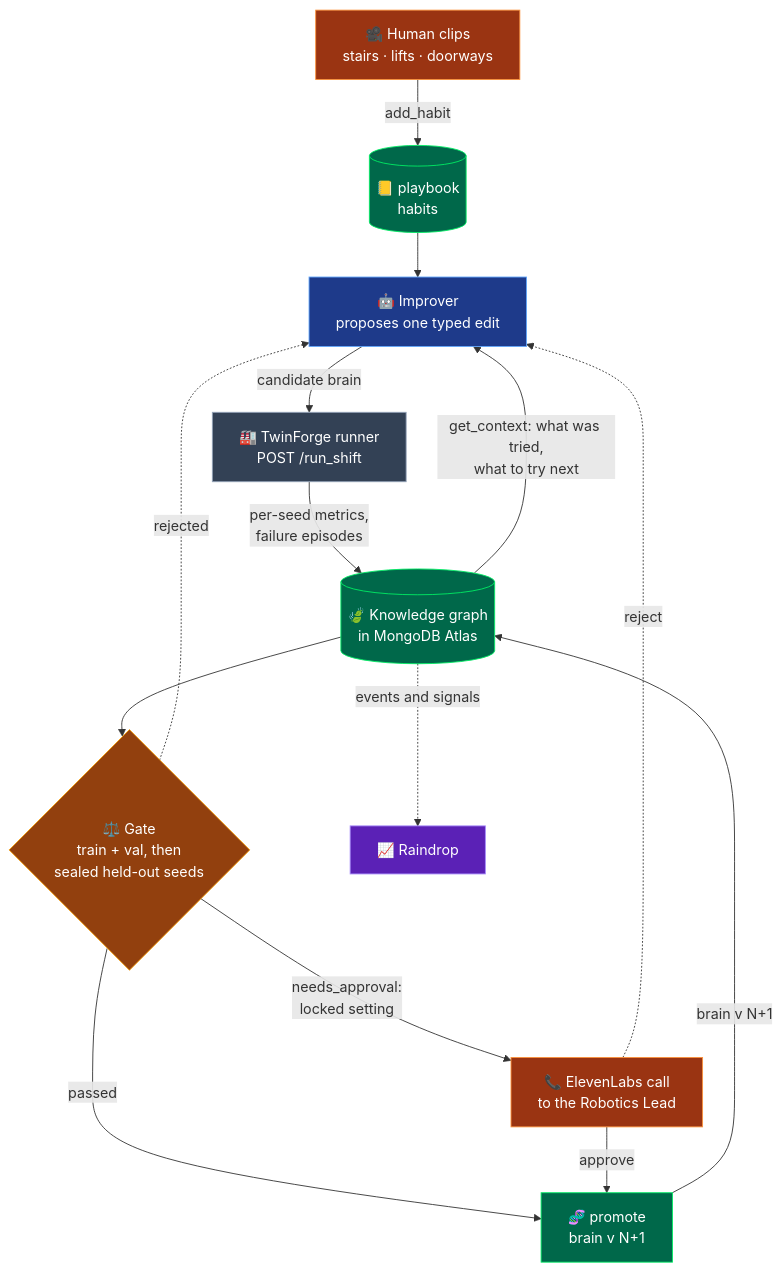
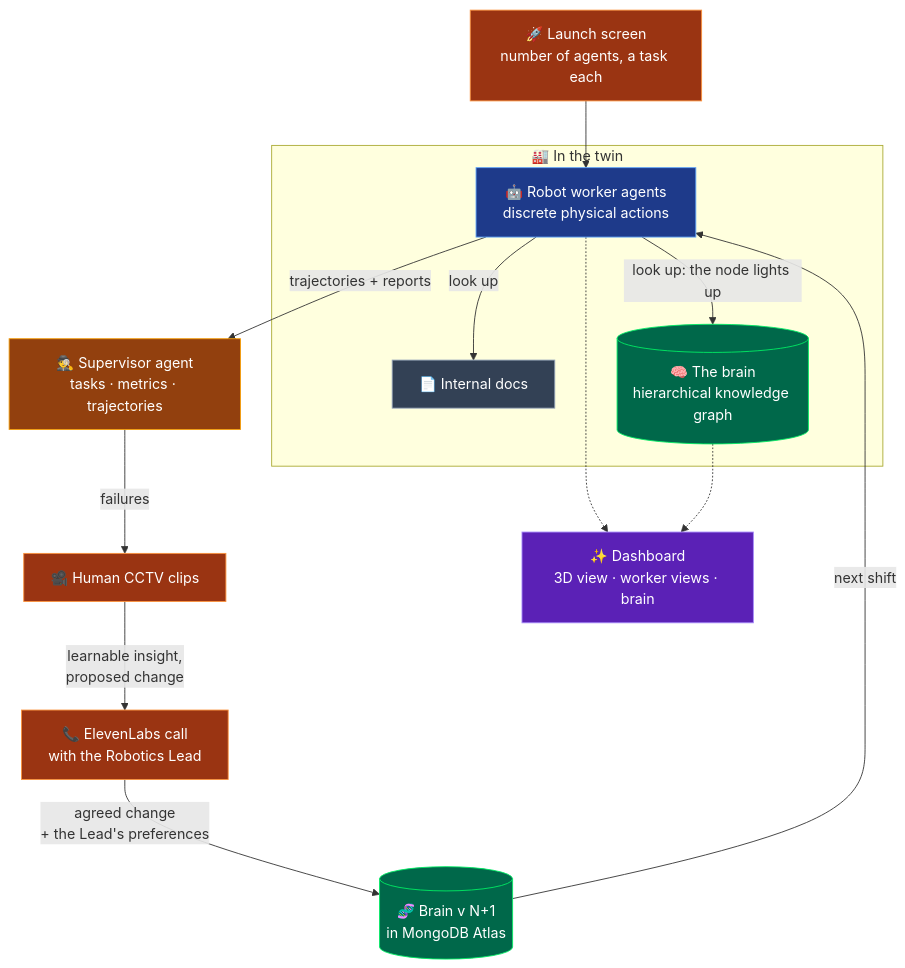
Before and after one commit to ShashwatM3/mongodb-harness-engineering-hackathon: the first of 10 diagrams in README.md, drawn with Mermaid. The commit also changed other lines of this file and 1 other file, not shown here.

````diff
--- a/README.md
+++ b/README.md
@@ -131,32 +132,32 @@
 ```mermaid
 flowchart TB
-    clips["🎥 Human clips<br/>stairs · lifts · doorways"]:::human
-    playbook[("📒 playbook<br/>habits")]:::atlas
-    imp["🤖 Improver<br/>proposes one typed edit"]:::harness
-    twin["🏭 TwinForge runner<br/>POST /run_shift"]:::twin
-    kg[("🍃 Knowledge graph<br/>in MongoDB Atlas")]:::atlas
-    gate{"⚖️ Gate<br/>train + val, then<br/>sealed held-out seeds"}:::gate
-    phone["📞 ElevenLabs call<br/>to the Robotics Lead"]:::human
-    promote["🧬 promote<br/>brain v N+1"]:::atlas
-    rd["📈 Raindrop"]:::obs
+    launch["🚀 Launch screen<br/>number of agents, a task each"]:::human
+    subgraph shift["🏭 In the twin"]
+        agents["🤖 Robot worker agents<br/>discrete physical actions"]:::harness
+        sop["📄 Internal docs"]:::twin
+        brainq[("🧠 The brain<br/>hierarchical knowledge graph")]:::atlas
+    end
+    sup["🕵️ Supervisor agent<br/>tasks · metrics · trajectories"]:::gate
+    cctv["🎥 Human CCTV clips"]:::human
+    phone["📞 ElevenLabs call<br/>with the Robotics Lead"]:::human
+    update[("🧬 Brain v N+1<br/>in MongoDB Atlas")]:::atlas
+    ui["✨ Dashboard<br/>3D view · worker views · brain"]:::obs
 
-    clips -->|"add_habit"| playbook --> imp
-    imp -->|"candidate brain"| twin
-    twin -->|"per-seed metrics,<br/>failure episodes"| kg
-    kg -->|"get_context: what was tried,<br/>what to try next"| imp
-    kg --> gate
-    gate -->|"passed"| promote
-    gate -->|"needs_approval:<br/>locked setting"| phone
-    phone -->|"approve"| promote
-    phone -.->|"reject"| imp
-    gate -.->|"rejected"| imp
-    promote -->|"brain v N+1"| kg
-    kg -.->|"events and signals"| rd
+    launch --> agents
+    agents -->|"look up"| sop
+    agents -->|"look up: the node lights up"| brainq
+    agents -->|"trajectories + reports"| sup
+    sup -->|"failures"| cctv
+    cctv -->|"learnable insight,<br/>proposed change"| phone
+    phone -->|"agreed change<br/>+ the Lead's preferences"| update
+    update -->|"next shift"| agents
+    agents -.-> ui
+    brainq -.-> ui
 
     classDef atlas fill:#00684A,stroke:#00ED64,color:#ffffff
     classDef harness fill:#1e3a8a,stroke:#60a5fa,color:#ffffff
     classDef twin fill:#334155,stroke:#94a3b8,color:#ffffff
     classDef gate fill:#92400e,stroke:#f59e0b,color:#ffffff
     classDef human fill:#9a3412,stroke:#fb923c,color:#ffffff
     classDef obs fill:#5b21b6,stroke:#a78bfa,color:#ffffff
 ```
````
